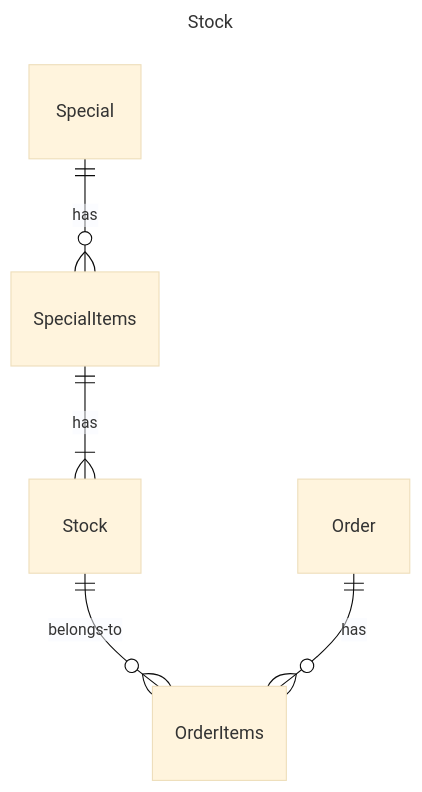
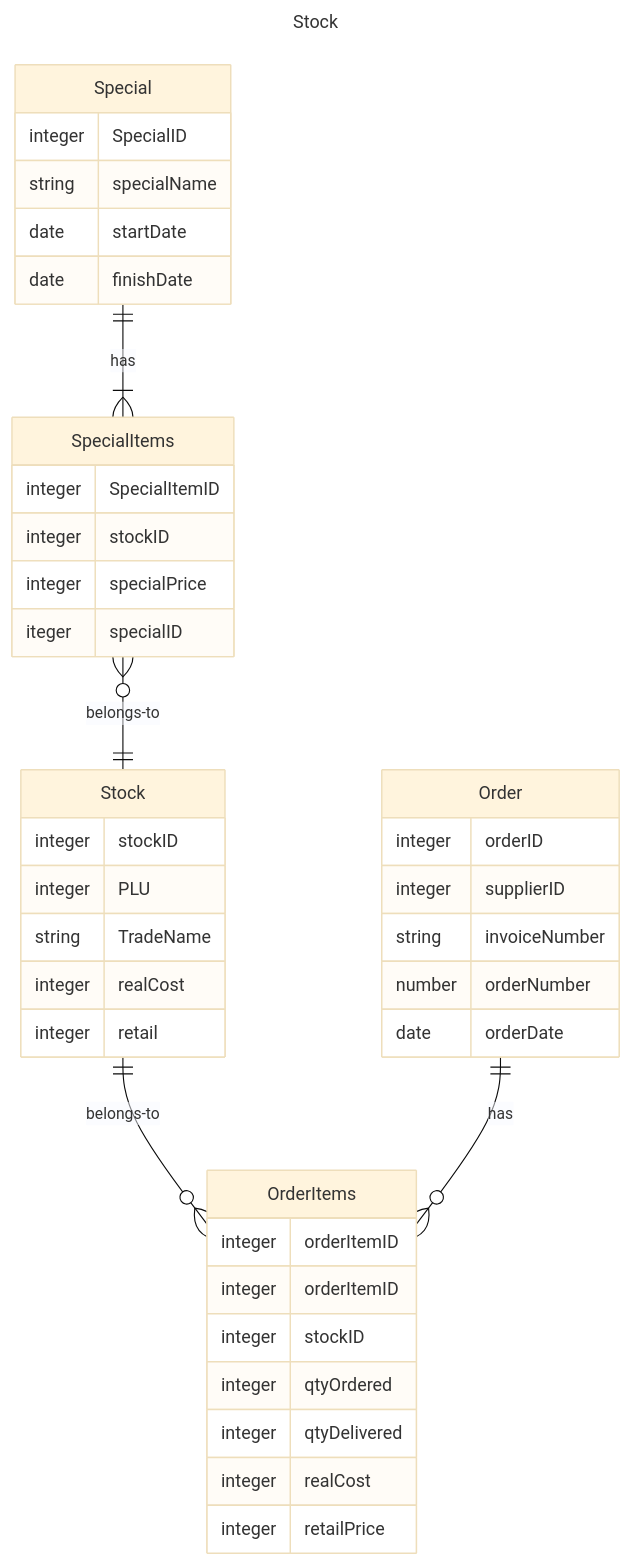
Before and after one commit to institutedata/capstone-siege2000: the diagram in documentation/MS_SQL_Mermaid.mmd, drawn with Mermaid (base theme). The commit also changed 2 other files, not shown here.

Commit message:
updated ERD diagram

```diff
--- a/documentation/MS_SQL_Mermaid.mmd
+++ b/documentation/MS_SQL_Mermaid.mmd
@@ -1,8 +1,49 @@
 ---
 title: Stock 
 ---
 erDiagram
-    Special ||--o{ SpecialItems : has
-    SpecialItems ||--|{ Stock : has
+    Special ||--|{ SpecialItems : has
+    Special {
+        integer SpecialID
+        string specialName
+        date startDate
+        date finishDate
+    }
+    SpecialItems {
+        integer SpecialItemID
+        integer stockID
+        integer specialPrice
+        iteger specialID
+
+    }
+    SpecialItems }o --||  Stock : belongs-to
+    Stock {
+        integer stockID
+        integer PLU
+        string TradeName
+        integer realCost
+        integer retail
+
+
+    }
+   
    Stock || --o{OrderItems : belongs-to
-Order || --o{OrderItems : has  
+    OrderItems {
+        integer orderItemID
+        integer orderItemID
+        integer stockID
+        integer qtyOrdered
+        integer qtyDelivered
+        integer realCost
+        integer retailPrice
+
+        
+    }
+Order || --o{OrderItems : has
+Order{
+    integer orderID
+    integer supplierID
+    string invoiceNumber
+    number orderNumber
+    date orderDate
+}  
```
